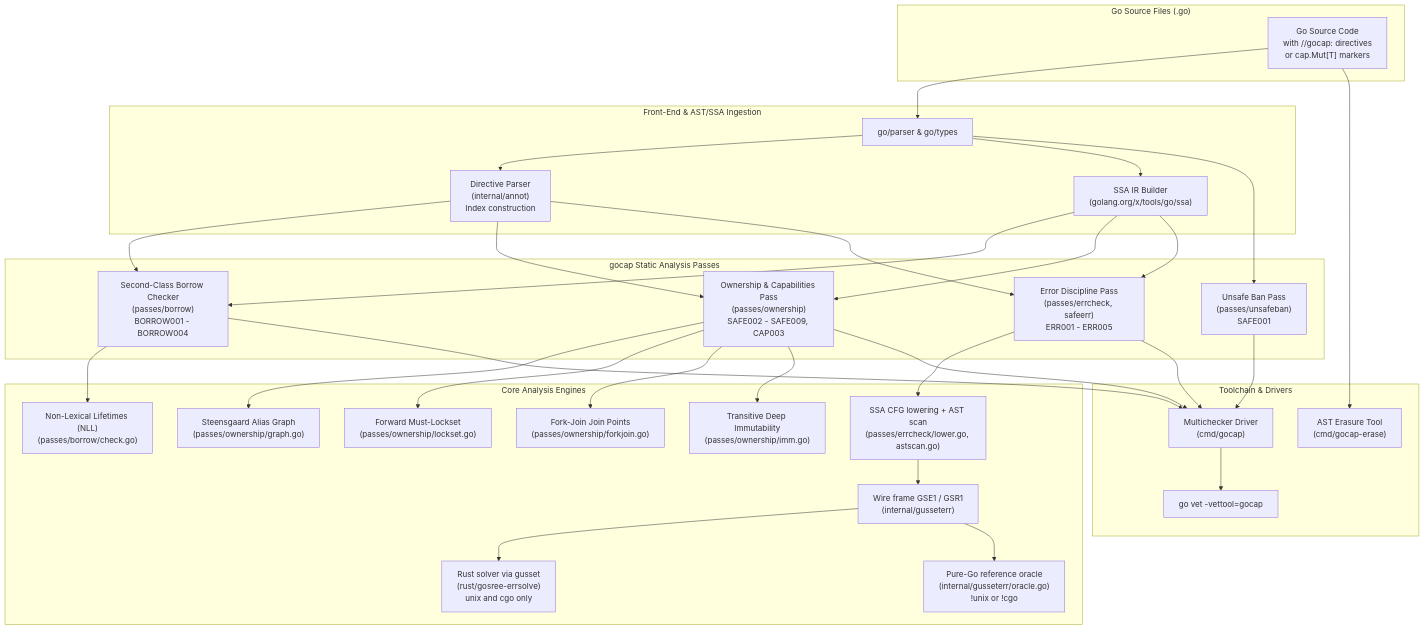
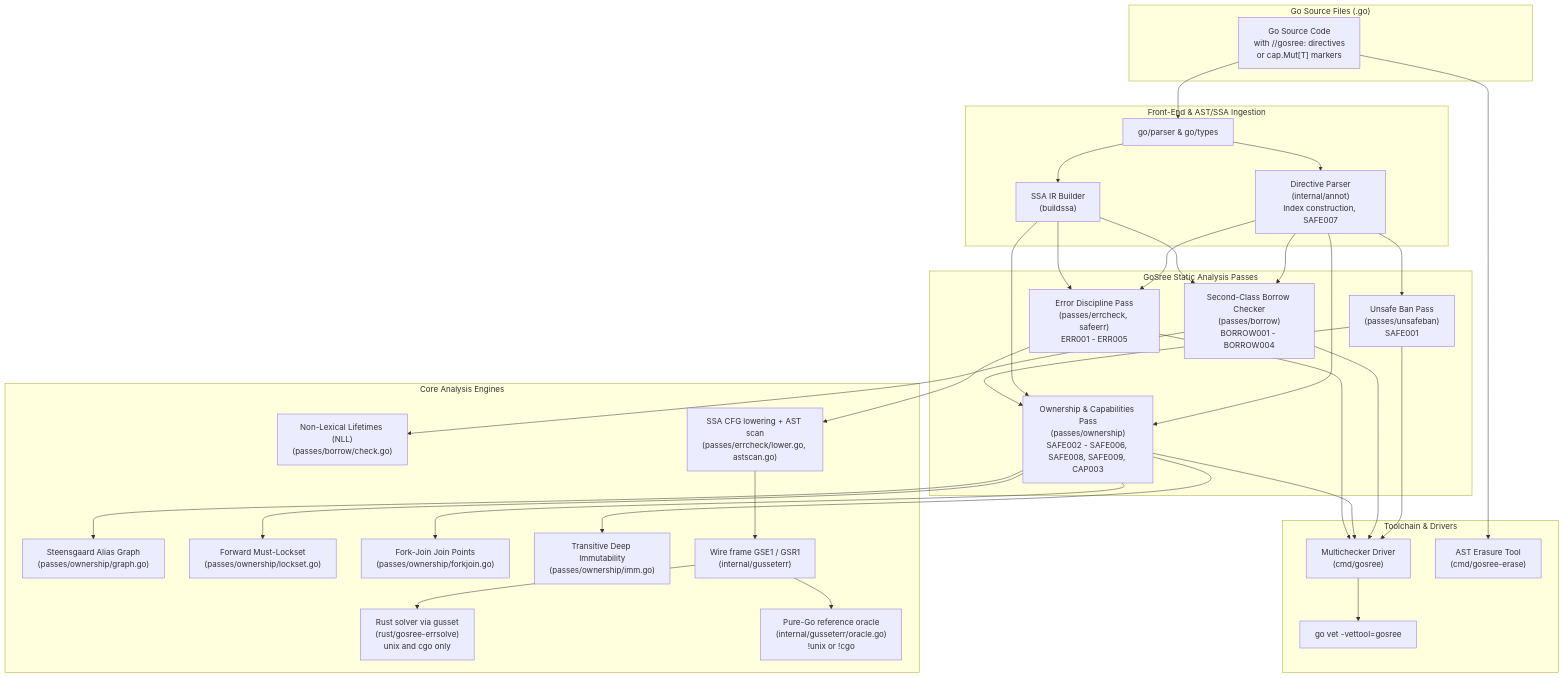
The first of 9 diagrams in docs/ARCHITECTURE.md (bharathvbcr/GoSree), drawn with Mermaid before and after one commit. The commit also changed other lines of this file and 13 other files, not shown here.

````diff
--- a/docs/ARCHITECTURE.md
+++ b/docs/ARCHITECTURE.md
@@ -17,65 +17,66 @@
 ```mermaid
 flowchart TD
     subgraph Input ["Go Source Files (.go)"]
-        Src["Go Source Code\nwith //gocap: directives\nor cap.Mut[T] markers"]
+        Src["Go Source Code\nwith //gosree: directives\nor cap.Mut[T] markers"]
     end
 
     subgraph FrontEnd ["Front-End & AST/SSA Ingestion"]
         Parser["go/parser & go/types"]
-        Annot["Directive Parser\n(internal/annot)\nIndex construction"]
-        SSA["SSA IR Builder\n(golang.org/x/tools/go/ssa)"]
+        Annot["Directive Parser\n(internal/annot)\nIndex construction, SAFE007"]
+        SSA["SSA IR Builder\n(buildssa)"]
     end
 
-    subgraph Passes ["gocap Static Analysis Passes"]
+    subgraph Passes ["GoSree Static Analysis Passes"]
         UnsafeBan["Unsafe Ban Pass\n(passes/unsafeban)\nSAFE001"]
         Borrow["Second-Class Borrow Checker\n(passes/borrow)\nBORROW001 - BORROW004"]
-        Ownership["Ownership & Capabilities Pass\n(passes/ownership)\nSAFE002 - SAFE009, CAP003"]
+        Ownership["Ownership & Capabilities Pass\n(passes/ownership)\nSAFE002 - SAFE006, SAFE008, SAFE009, CAP003"]
         ErrCheck["Error Discipline Pass\n(passes/errcheck, safeerr)\nERR001 - ERR005"]
     end
 
     subgraph CoreEngines ["Core Analysis Engines"]
         Steensgaard["Steensgaard Alias Graph\n(passes/ownership/graph.go)"]
         NLL["Non-Lexical Lifetimes (NLL)\n(passes/borrow/check.go)"]
         Locksets["Forward Must-Lockset\n(passes/ownership/lockset.go)"]
         ForkJoin["Fork-Join Join Points\n(passes/ownership/forkjoin.go)"]
         ImmValidator["Transitive Deep Immutability\n(passes/ownership/imm.go)"]
         Lower["SSA CFG lowering + AST scan\n(passes/errcheck/lower.go, astscan.go)"]
         Bridge["Wire frame GSE1 / GSR1\n(internal/gusseterr)"]
         RustEngine["Rust solver via gusset\n(rust/gosree-errsolve)\nunix and cgo only"]
         GoOracle["Pure-Go reference oracle\n(internal/gusseterr/oracle.go)\n!unix or !cgo"]
     end
 
     subgraph Tooling ["Toolchain & Drivers"]
-        Driver["Multichecker Driver\n(cmd/gocap)"]
-        Eraser["AST Erasure Tool\n(cmd/gocap-erase)"]
-        Vet["go vet -vettool=gocap"]
+        Driver["Multichecker Driver\n(cmd/gosree)"]
+        Eraser["AST Erasure Tool\n(cmd/gosree-erase)"]
+        Vet["go vet -vettool=gosree"]
     end
 
     Src --> Parser
     Parser --> Annot
     Parser --> SSA
+    Annot --> UnsafeBan
     Annot --> Borrow
     Annot --> Ownership
+    Annot --> ErrCheck
     SSA --> Borrow
     SSA --> Ownership
-    Parser --> UnsafeBan
-    Annot --> ErrCheck
     SSA --> ErrCheck
+    UnsafeBan --> Ownership
 
     Borrow --> NLL
     Ownership --> Steensgaard
     Ownership --> Locksets
     Ownership --> ForkJoin
     Ownership --> ImmValidator
     ErrCheck --> Lower
     Lower --> Bridge
     Bridge --> RustEngine
     Bridge --> GoOracle
 
     UnsafeBan --> Driver
     Borrow --> Driver
     Ownership --> Driver
     ErrCheck --> Driver
     Driver --> Vet
     Src --> Eraser
 ```
````
